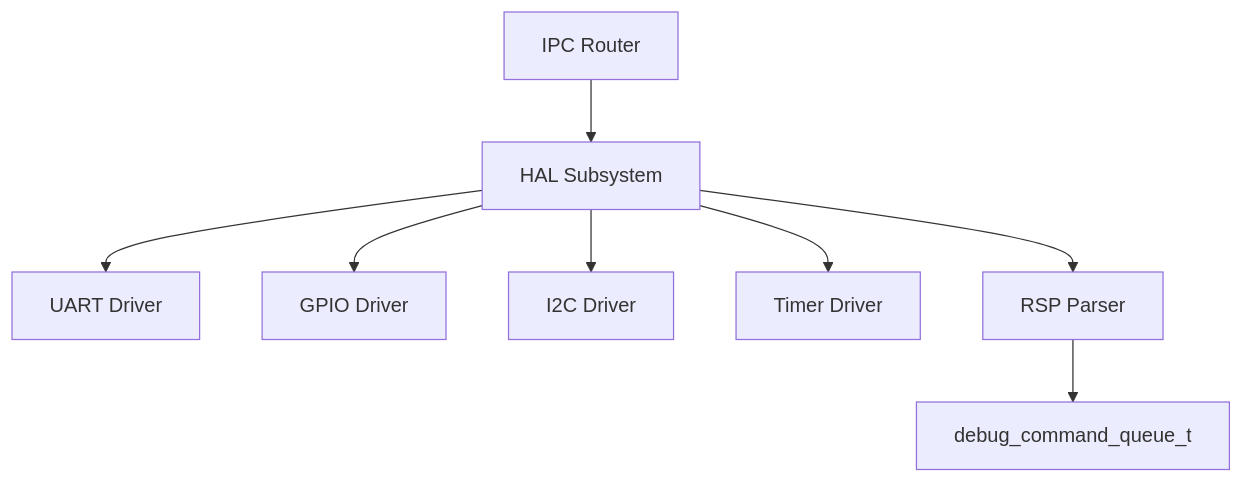
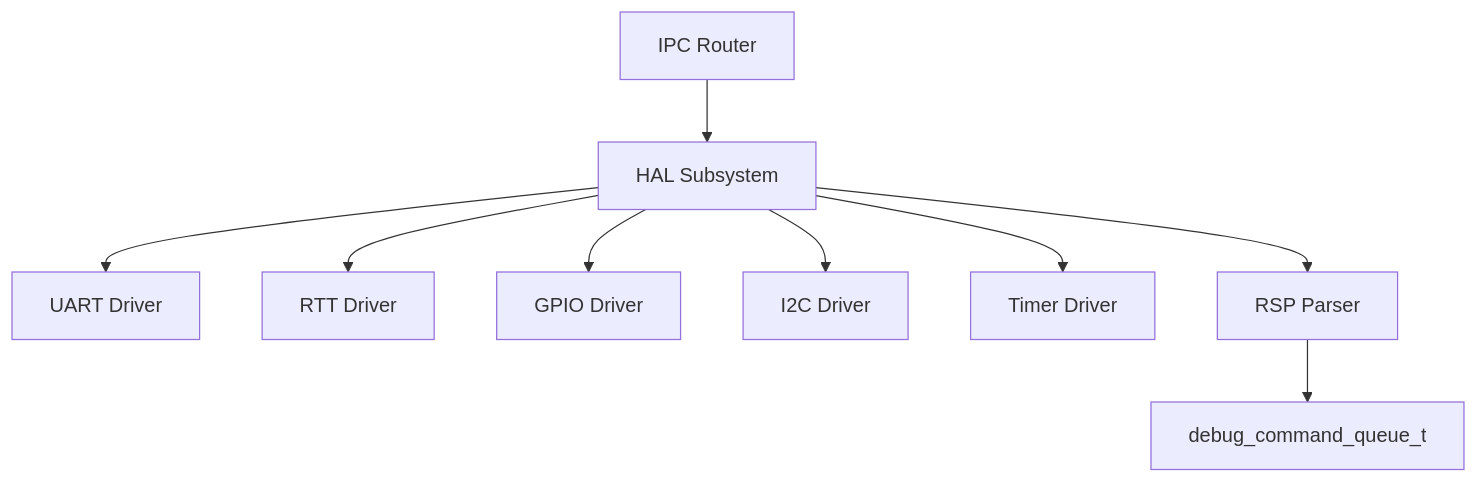
One commit to kmt-t/fireball changed the first of 3 diagrams in docs/orders/components/hal.md. Above: the diagram before and after it, drawn with Mermaid. The commit also changed other lines of this file and 7 other files, not shown here.

````diff
--- a/docs/orders/components/hal.md
+++ b/docs/orders/components/hal.md
@@ -14,10 +14,11 @@
 ```mermaid
 graph TD
     IPCR[IPC Router] --> HAL[HAL Subsystem]
     HAL --> UART[UART Driver]
+    HAL --> RTT[RTT Driver]
     HAL --> GPIO[GPIO Driver]
     HAL --> I2C[I2C Driver]
     HAL --> Timer[Timer Driver]
     HAL --> RSP[RSP Parser]
     RSP --> Queue[debug_command_queue_t]
 ```
````
